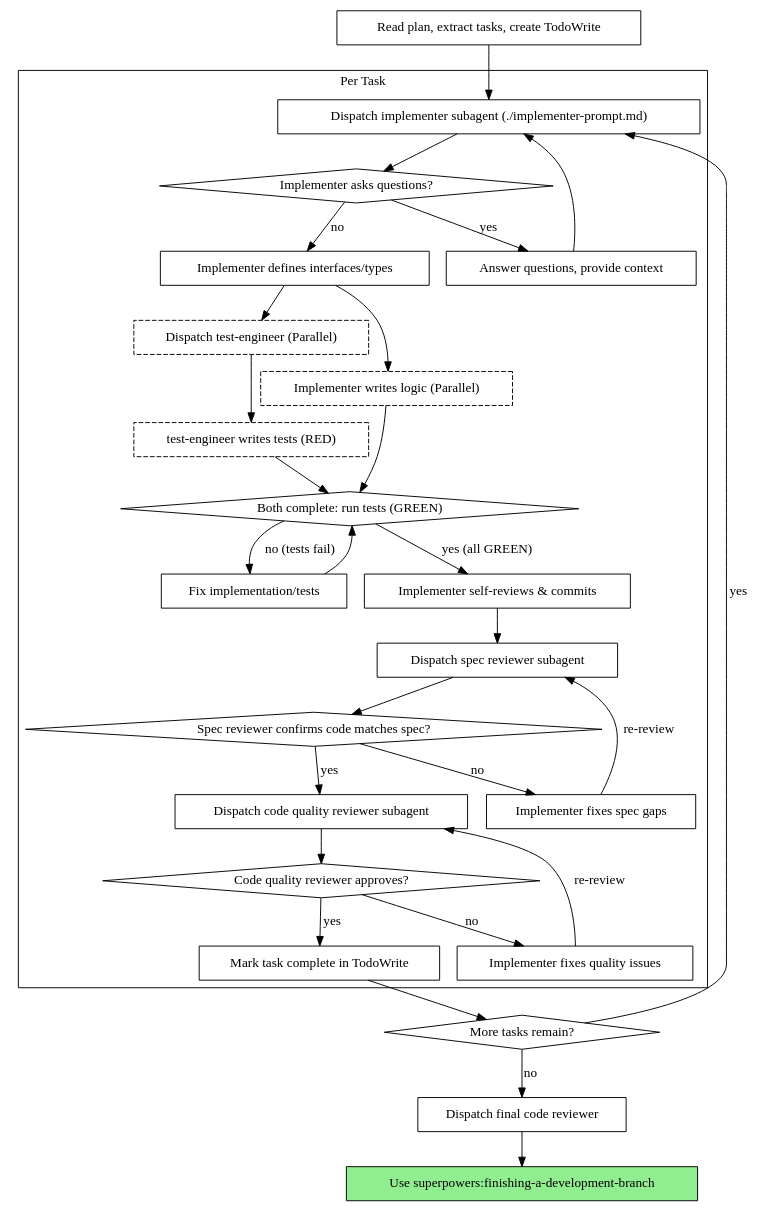
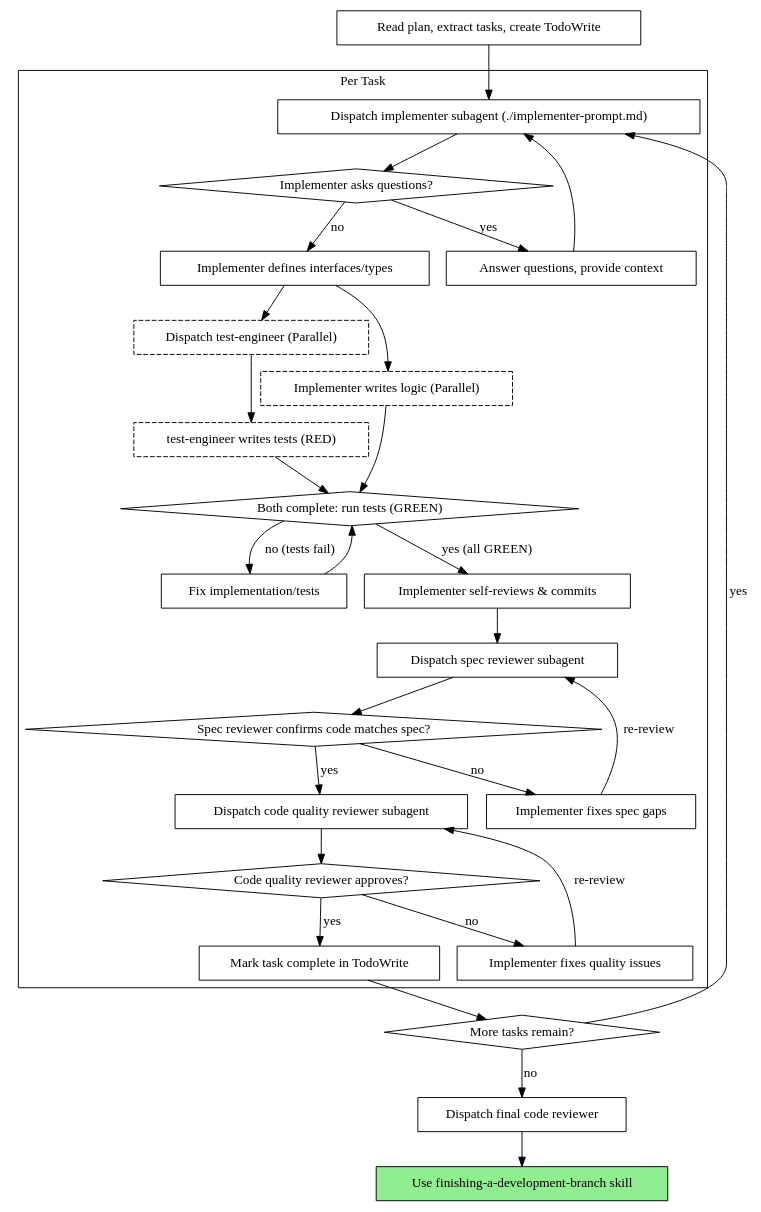
The second of 2 diagrams in .claude/skills/subagent-driven-development/SKILL.md (transparent-pegasus/superpowers-extended), drawn with Graphviz before and after one commit. The commit also changed other lines of this file and 100 other files, not shown here.

````diff
--- a/.claude/skills/subagent-driven-development/SKILL.md
+++ b/.claude/skills/subagent-driven-development/SKILL.md
@@ -40,62 +40,62 @@
 ```dot
 digraph process {
     rankdir=TB;
 
     subgraph cluster_per_task {
         label="Per Task";
         "Dispatch implementer subagent (./implementer-prompt.md)" [shape=box];
         "Implementer asks questions?" [shape=diamond];
         "Answer questions, provide context" [shape=box];
         "Implementer defines interfaces/types" [shape=box];
         "Dispatch test-engineer (Parallel)" [shape=box style=dashed];
         "Implementer writes logic (Parallel)" [shape=box style=dashed];
         "test-engineer writes tests (RED)" [shape=box style=dashed];
         "Both complete: run tests (GREEN)" [shape=diamond];
         "Fix implementation/tests" [shape=box];
         "Implementer self-reviews & commits" [shape=box];
         "Dispatch spec reviewer subagent" [shape=box];
         "Spec reviewer confirms code matches spec?" [shape=diamond];
         "Implementer fixes spec gaps" [shape=box];
         "Dispatch code quality reviewer subagent" [shape=box];
         "Code quality reviewer approves?" [shape=diamond];
         "Implementer fixes quality issues" [shape=box];
         "Mark task complete in TodoWrite" [shape=box];
     }
 
     "Read plan, extract tasks, create TodoWrite" [shape=box];
     "More tasks remain?" [shape=diamond];
     "Dispatch final code reviewer" [shape=box];
-    "Use superpowers:finishing-a-development-branch" [shape=box style=filled fillcolor=lightgreen];
+    "Use finishing-a-development-branch skill" [shape=box style=filled fillcolor=lightgreen];
 
     "Read plan, extract tasks, create TodoWrite" -> "Dispatch implementer subagent (./implementer-prompt.md)";
     "Dispatch implementer subagent (./implementer-prompt.md)" -> "Implementer asks questions?";
     "Implementer asks questions?" -> "Answer questions, provide context" [label="yes"];
     "Answer questions, provide context" -> "Dispatch implementer subagent (./implementer-prompt.md)";
     "Implementer asks questions?" -> "Implementer defines interfaces/types" [label="no"];
     
     "Implementer defines interfaces/types" -> "Dispatch test-engineer (Parallel)";
     "Implementer defines interfaces/types" -> "Implementer writes logic (Parallel)";
     "Dispatch test-engineer (Parallel)" -> "test-engineer writes tests (RED)";
     
     "Implementer writes logic (Parallel)" -> "Both complete: run tests (GREEN)";
     "test-engineer writes tests (RED)" -> "Both complete: run tests (GREEN)";
     
     "Both complete: run tests (GREEN)" -> "Fix implementation/tests" [label="no (tests fail)"];
     "Fix implementation/tests" -> "Both complete: run tests (GREEN)";
     "Both complete: run tests (GREEN)" -> "Implementer self-reviews & commits" [label="yes (all GREEN)"];
     
     "Implementer self-reviews & commits" -> "Dispatch spec reviewer subagent";
     "Dispatch spec reviewer subagent" -> "Spec reviewer confirms code matches spec?";
     "Spec reviewer confirms code matches spec?" -> "Implementer fixes spec gaps" [label="no"];
     "Implementer fixes spec gaps" -> "Dispatch spec reviewer subagent" [label="re-review"];
     "Spec reviewer confirms code matches spec?" -> "Dispatch code quality reviewer subagent" [label="yes"];
     "Dispatch code quality reviewer subagent" -> "Code quality reviewer approves?";
     "Code quality reviewer approves?" -> "Implementer fixes quality issues" [label="no"];
     "Implementer fixes quality issues" -> "Dispatch code quality reviewer subagent" [label="re-review"];
     "Code quality reviewer approves?" -> "Mark task complete in TodoWrite" [label="yes"];
     "Mark task complete in TodoWrite" -> "More tasks remain?";
     "More tasks remain?" -> "Dispatch implementer subagent (./implementer-prompt.md)" [label="yes"];
     "More tasks remain?" -> "Dispatch final code reviewer" [label="no"];
-    "Dispatch final code reviewer" -> "Use superpowers:finishing-a-development-branch";
+    "Dispatch final code reviewer" -> "Use finishing-a-development-branch skill";
 }
 ```
````
